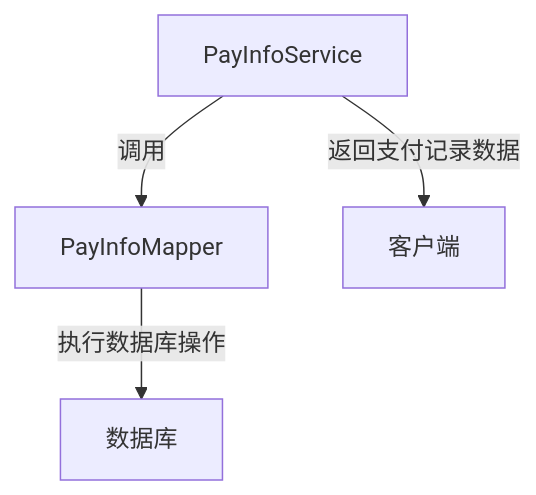
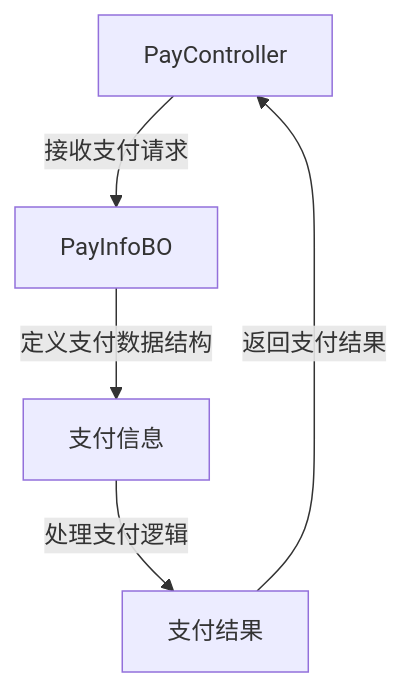
One commit to Symbolk/aider changed the third of 6 diagrams in aider/templates/mall4cloud-payment/README.md. Above: the diagram before and after it, drawn with Mermaid. The commit also changed other lines of this file and 3 other files, not shown here.

````diff
--- a/aider/templates/mall4cloud-payment/README.md
+++ b/aider/templates/mall4cloud-payment/README.md
@@ -64,6 +58,7 @@
 ```mermaid
 graph TD
-    A[PayInfoService] -->|调用| B[PayInfoMapper]
-    B -->|执行数据库操作| C[数据库]
-    A -->|返回支付记录数据| D[客户端]
+    A[PayController] -->|接收支付请求| B[PayInfoBO]
+    B -->|定义支付数据结构| C[支付信息]
+    C -->|处理支付逻辑| D[支付结果]
+    D -->|返回支付结果| A
 ```
````
